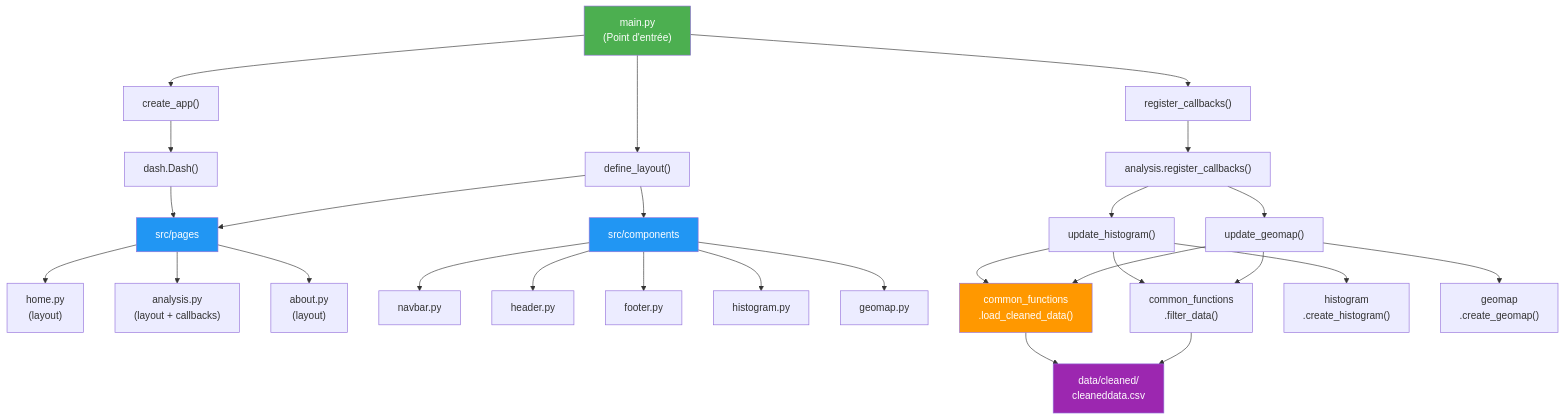
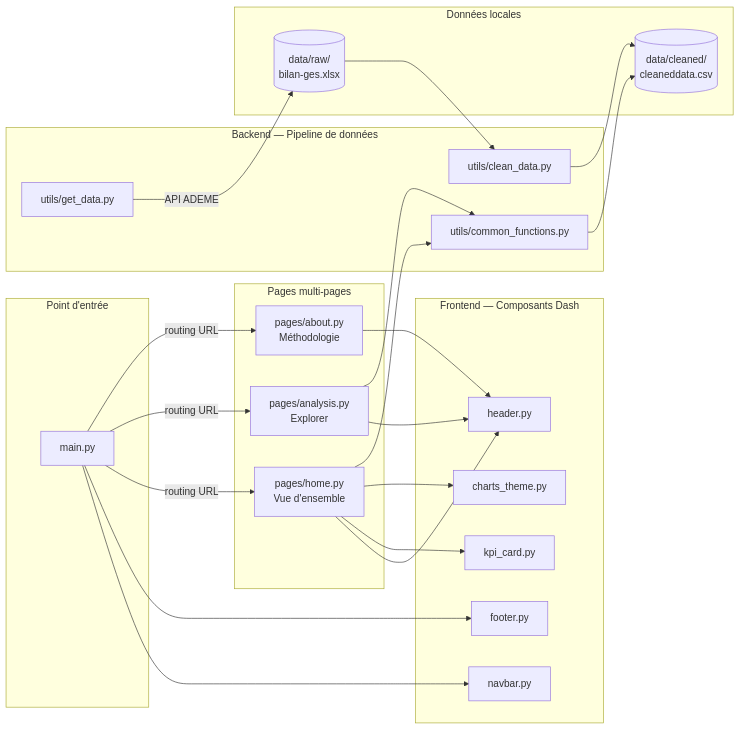
Before and after one commit to samba-diallo/Data_Project_DIALLO_DIOP: the diagram in README.md, drawn with Mermaid. The commit also changed other lines of this file and 9 other files, not shown here.

First line of the commit message:
feat: update README and complete dashboard implementation with maps and charts

````diff
--- a/README.md
+++ b/README.md
@@ -161,43 +224,51 @@
 ```mermaid
-graph TD
-    A["main.py\n(Point d'entrée)"] --> B["create_app()"]
-    A --> C["define_layout()"]
-    A --> D["register_callbacks()"]
-    
-    B --> B1["dash.Dash()"]
-    B1 --> E["src/pages"]
-    
-    C --> E
-    C --> F["src/components"]
-    
-    D --> G["analysis.register_callbacks()"]
-    G --> H["update_histogram()"]
-    G --> I["update_geomap()"]
-    
-    E --> E1["home.py\n(layout)"]
-    E --> E2["analysis.py\n(layout + callbacks)"]
-    E --> E3["about.py\n(layout)"]
-    
-    F --> F1["navbar.py"]
-    F --> F2["header.py"]
-    F --> F3["footer.py"]
-    F --> F4["histogram.py"]
-    F --> F5["geomap.py"]
-    
-    H --> J["common_functions\n.load_cleaned_data()"]
-    H --> K["common_functions\n.filter_data()"]
-    H --> L["histogram\n.create_histogram()"]
-    
-    I --> J
-    I --> K
-    I --> M["geomap\n.create_geomap()"]
-    
-    J --> N["data/cleaned/\ncleaneddata.csv"]
-    K --> N
-    
-    style A fill:#4CAF50,color:#fff
-    style E fill:#2196F3,color:#fff
-    style F fill:#2196F3,color:#fff
-    style J fill:#FF9800,color:#fff
-    style N fill:#9C27B0,color:#fff
+flowchart LR
+    subgraph EntryPoint["Point d'entrée"]
+        MAIN["main.py"]
+    end
+
+    subgraph Frontend["Frontend — Composants Dash"]
+        NAVBAR["navbar.py"]
+        HEADER["header.py"]
+        FOOTER["footer.py"]
+        KPI["kpi_card.py"]
+        THEME["charts_theme.py"]
+    end
+
+    subgraph Pages["Pages multi-pages"]
+        HOME["pages/home.py<br/>Vue d'ensemble"]
+        EXPLORER["pages/analysis.py<br/>Explorer"]
+        ABOUT["pages/about.py<br/>Méthodologie"]
+    end
+
+    subgraph Backend["Backend — Pipeline de données"]
+        GETDATA["utils/get_data.py"]
+        CLEAN["utils/clean_data.py"]
+        COMMON["utils/common_functions.py"]
+    end
+
+    subgraph Storage["Données locales"]
+        RAW[("data/raw/<br/>bilan-ges.xlsx")]
+        CLEANED[("data/cleaned/<br/>cleaneddata.csv")]
+    end
+
+    MAIN --> NAVBAR
+    MAIN --> FOOTER
+    MAIN -->|routing URL| HOME
+    MAIN -->|routing URL| EXPLORER
+    MAIN -->|routing URL| ABOUT
+
+    HOME --> HEADER
+    EXPLORER --> HEADER
+    ABOUT --> HEADER
+
+    HOME --> KPI
+    HOME --> THEME
+
+    HOME --> COMMON
+    EXPLORER --> COMMON
+    COMMON --> CLEANED
+    GETDATA -->|API ADEME| RAW
+    RAW --> CLEAN
+    CLEAN --> CLEANED
 ```
````
